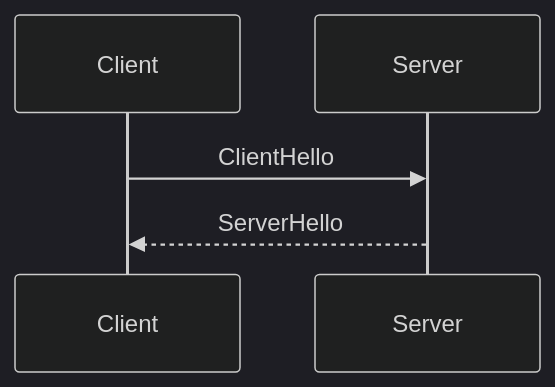
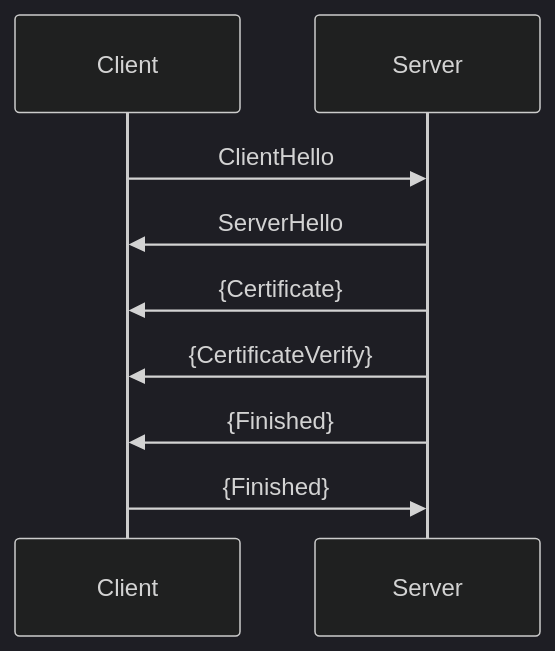
One commit to nghianguyentek/docs changed the diagram in network/protocol/security/tls.md. Above: the diagram before and after it, drawn with Mermaid (dark theme). The commit also changed other lines of this file, not shown here.

````diff
--- a/network/protocol/security/tls.md
+++ b/network/protocol/security/tls.md
@@ -9,5 +9,9 @@
 ```mermaid
 sequenceDiagram
 Client->>Server: ClientHello
-Server-->>Client: ServerHello
+Server->>Client: ServerHello
+Server->>Client: {Certificate}
+Server->>Client: {CertificateVerify}
+Server->>Client: {Finished}
+Client->>Server: {Finished}
 ```
````
